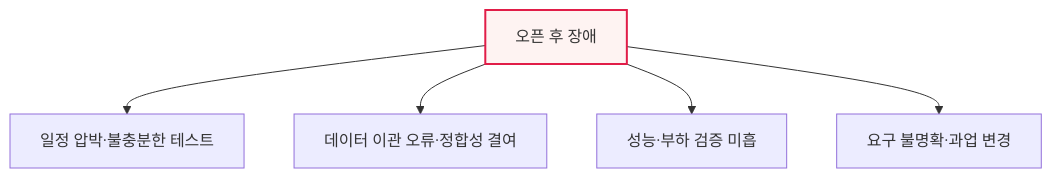
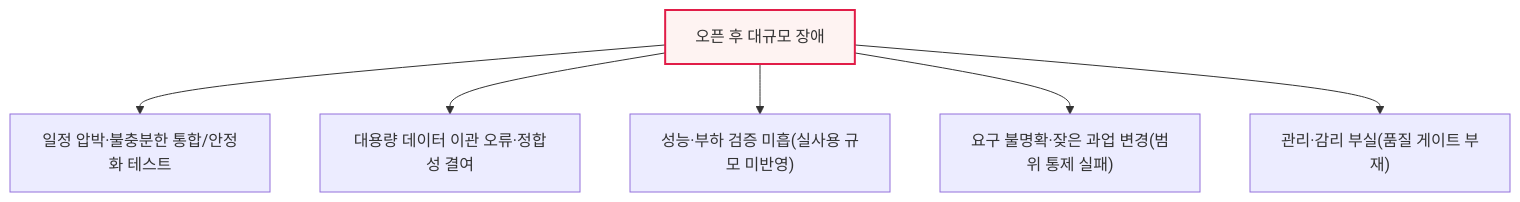
Before and after one commit to coninggu/wjdqhrhksflrltnftk: the first of 2 diagrams in content/large-scale-system-failure.md, drawn with Mermaid. The commit also changed other lines of this file and 3 other files, not shown here.

````diff
--- a/content/large-scale-system-failure.md
+++ b/content/large-scale-system-failure.md
@@ -12,8 +21,9 @@
 ```mermaid
 flowchart TB
-  F[오픈 후 장애] --> R1["일정 압박·불충분한 테스트"]
-  F --> R2["데이터 이관 오류·정합성 결여"]
-  F --> R3["성능·부하 검증 미흡"]
-  F --> R4["요구 불명확·과업 변경"]
+  F["오픈 후 대규모 장애"] --> R1["일정 압박·불충분한 통합/안정화 테스트"]
+  F --> R2["대용량 데이터 이관 오류·정합성 결여"]
+  F --> R3["성능·부하 검증 미흡(실사용 규모 미반영)"]
+  F --> R4["요구 불명확·잦은 과업 변경(범위 통제 실패)"]
+  F --> R5["관리·감리 부실(품질 게이트 부재)"]
   style F fill:#fef3f2,stroke:#e11d48,stroke-width:2px
 ```
````
